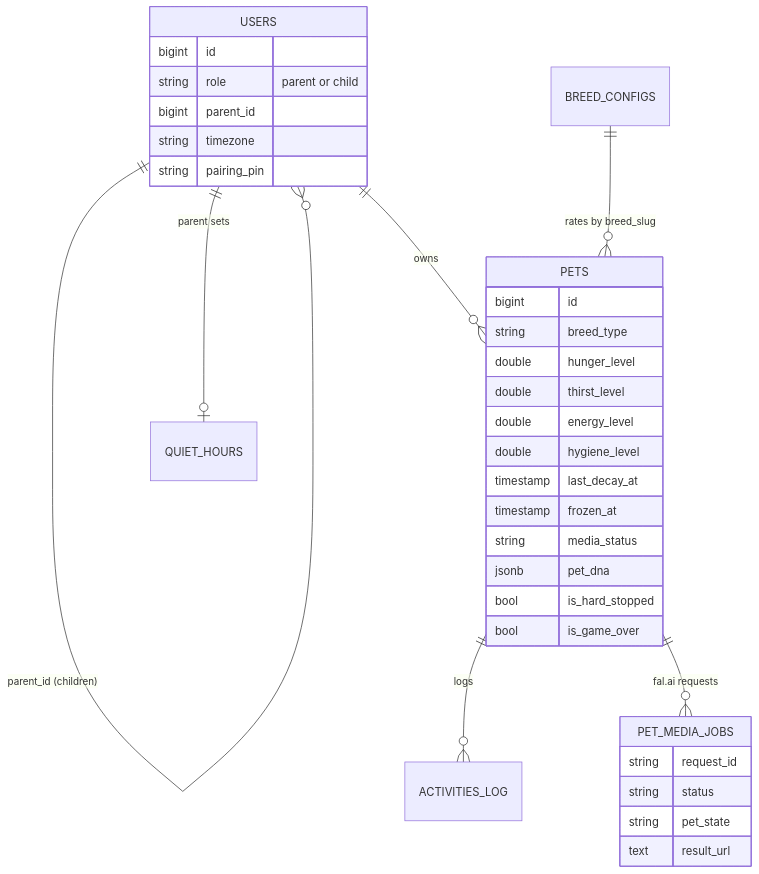
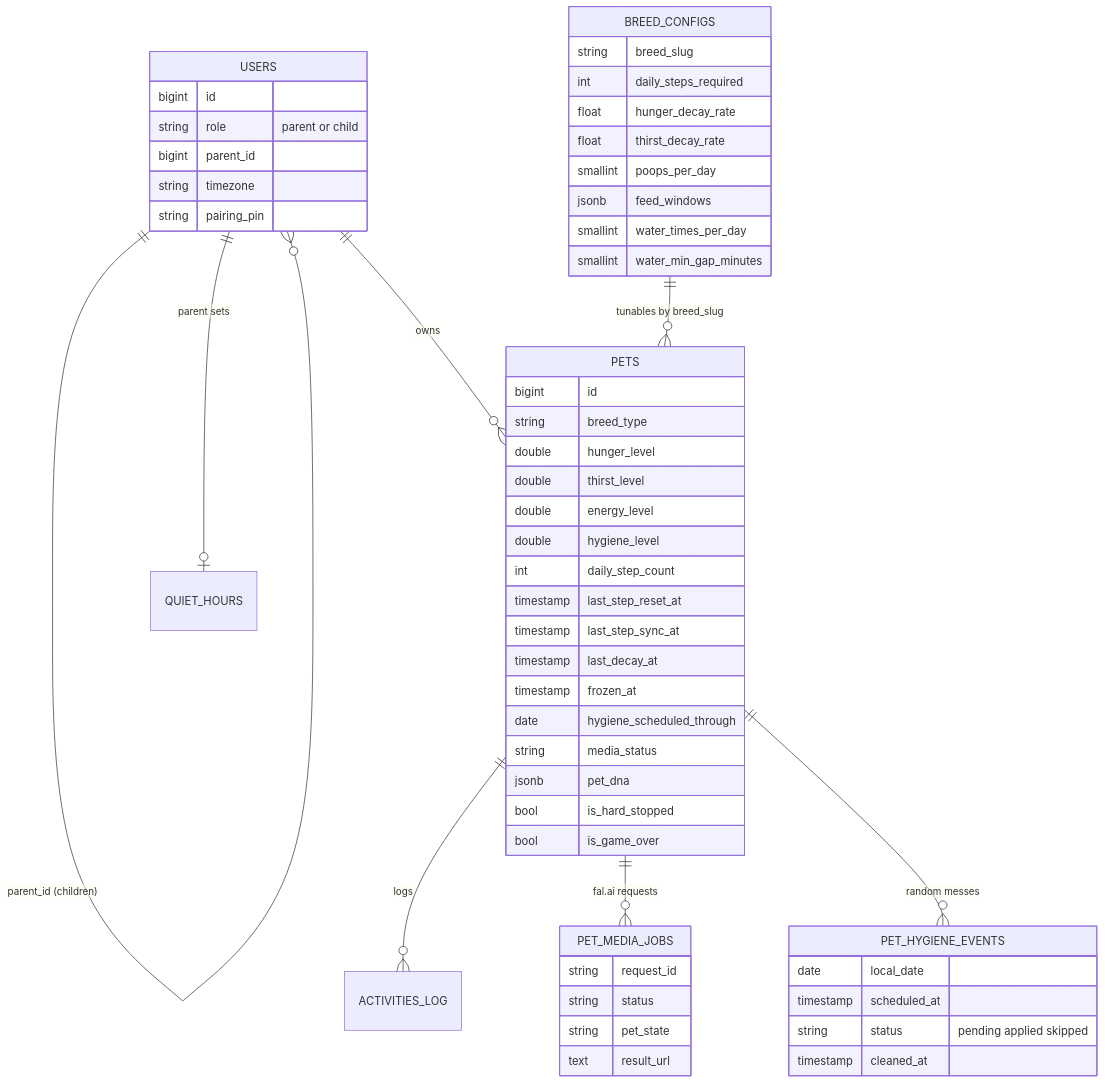
The sixth of 7 diagrams in docs/engineering/DIAGRAMS.md (DataVallis/pet-prep), drawn with Mermaid before and after one commit. The commit also changed other lines of this file and 8 other files, not shown here.

First line of the commit message:
docs: energy, hygiene events and breed tunables; open questions on illness loop [M1-04, M1-05, M1-06]

````diff
--- a/docs/engineering/DIAGRAMS.md
+++ b/docs/engineering/DIAGRAMS.md
@@ -110,36 +143,57 @@
 ```mermaid
 erDiagram
   USERS ||--o{ USERS : "parent_id (children)"
   USERS ||--o{ PETS : owns
   USERS ||--o| QUIET_HOURS : "parent sets"
   PETS ||--o{ ACTIVITIES_LOG : logs
   PETS ||--o{ PET_MEDIA_JOBS : "fal.ai requests"
-  BREED_CONFIGS ||--o{ PETS : "rates by breed_slug"
+  PETS ||--o{ PET_HYGIENE_EVENTS : "random messes"
+  BREED_CONFIGS ||--o{ PETS : "tunables by breed_slug"
   USERS {
     bigint id
     string role "parent or child"
     bigint parent_id
     string timezone
     string pairing_pin
   }
   PETS {
     bigint id
     string breed_type
     double hunger_level
     double thirst_level
     double energy_level
     double hygiene_level
+    int daily_step_count
+    timestamp last_step_reset_at
+    timestamp last_step_sync_at
     timestamp last_decay_at
     timestamp frozen_at
+    date hygiene_scheduled_through
     string media_status
     jsonb pet_dna
     bool is_hard_stopped
     bool is_game_over
+  }
+  BREED_CONFIGS {
+    string breed_slug
+    int daily_steps_required
+    float hunger_decay_rate
+    float thirst_decay_rate
+    smallint poops_per_day
+    jsonb feed_windows
+    smallint water_times_per_day
+    smallint water_min_gap_minutes
+  }
+  PET_HYGIENE_EVENTS {
+    date local_date
+    timestamp scheduled_at
+    string status "pending applied skipped"
+    timestamp cleaned_at
   }
   PET_MEDIA_JOBS {
     string request_id
     string status
     string pet_state
     text result_url
   }
 ```
````
